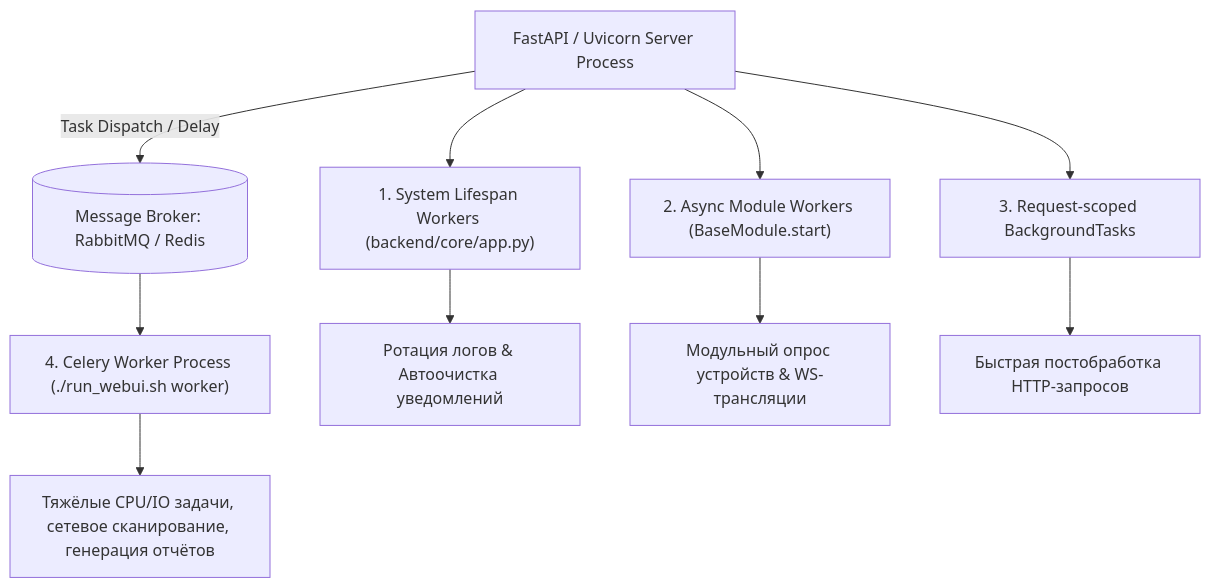
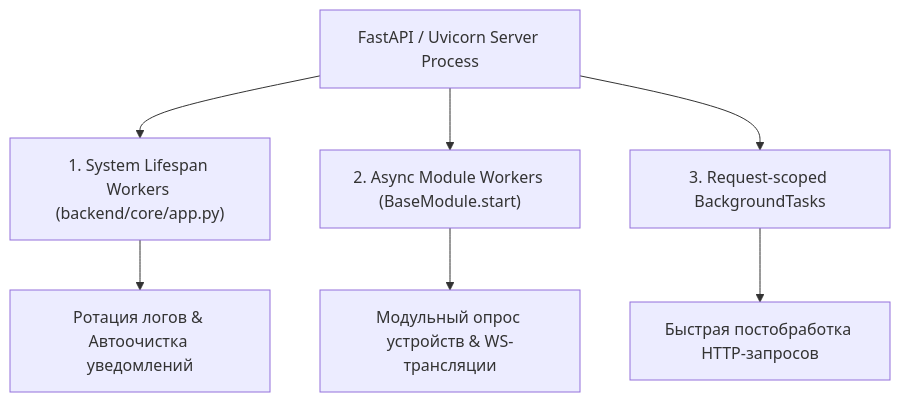
Before and after one commit to Apofixc/nms-webui: the first of 2 diagrams in docs/wiki/03-module-development/16-background-workers.md, drawn with Mermaid. The commit also changed other lines of this file and 9 other files, not shown here.

````diff
--- a/docs/wiki/03-module-development/16-background-workers.md
+++ b/docs/wiki/03-module-development/16-background-workers.md
@@ -15,13 +15,10 @@
 ```mermaid
 flowchart TD
     App[FastAPI / Uvicorn Server Process] --> LifespanWorker["1. System Lifespan Workers (backend/core/app.py)"]
     App --> AsyncWorker["2. Async Module Workers (BaseModule.start)"]
     App --> BGTask["3. Request-scoped BackgroundTasks"]
-    App -- Task Dispatch / Delay --> Broker[(Message Broker: RabbitMQ / Redis)]
-    Broker --> CeleryProc["4. Celery Worker Process (./run_webui.sh worker)"]
 
     LifespanWorker --> CoreCleanups[Ротация логов & Автоочистка уведомлений]
     AsyncWorker --> ModLogic[Модульный опрос устройств & WS-трансляции]
     BGTask --> PostProcess[Быстрая постобработка HTTP-запросов]
-    CeleryProc --> HeavyJobs[Тяжёлые CPU/IO задачи, сетевое сканирование, генерация отчётов]
 ```
````
